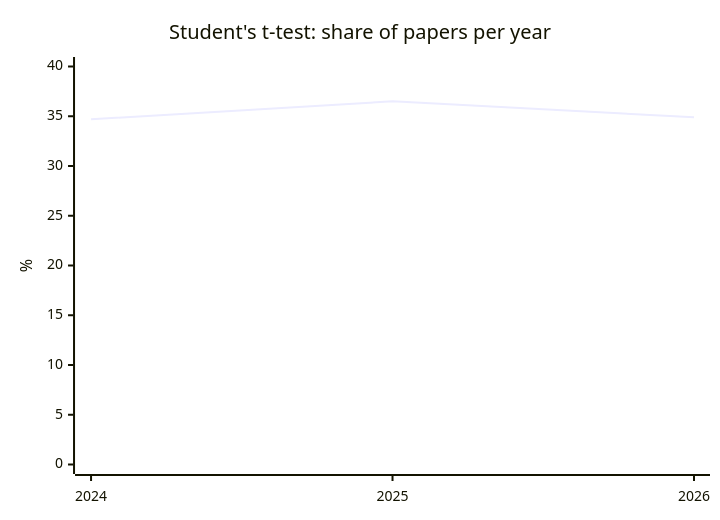
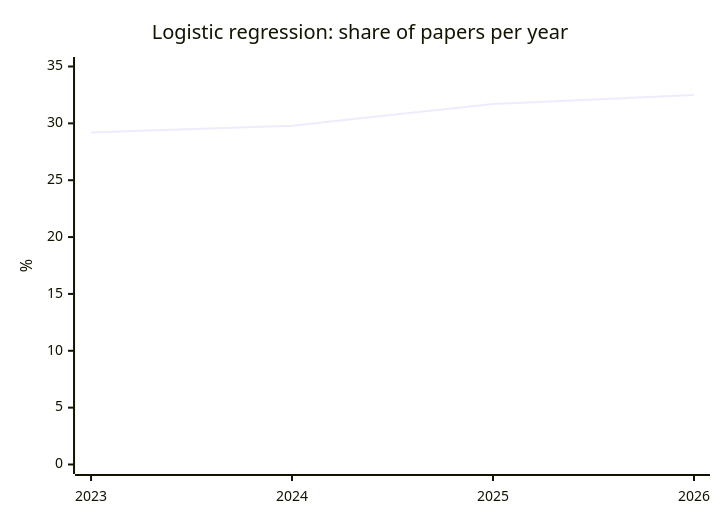
The third of 5 diagrams in literature-watch/reports/overview.md (nfdi4health/datashield-function-ideas), drawn with Mermaid before and after one commit. The commit also changed other lines of this file and 1 other file, not shown here.

````diff
--- a/literature-watch/reports/overview.md
+++ b/literature-watch/reports/overview.md
@@ -68,7 +68,7 @@
 ```mermaid
 xychart-beta
-  title "Student's t-test: share of papers per year"
-  x-axis [2024, 2025, 2026]
-  y-axis "%" 0 --> 40
-  line [34.7, 36.5, 34.9]
+  title "Logistic regression: share of papers per year"
+  x-axis [2023, 2024, 2025, 2026]
+  y-axis "%" 0 --> 35
+  line [29.2, 29.8, 31.7, 32.5]
 ```
````
